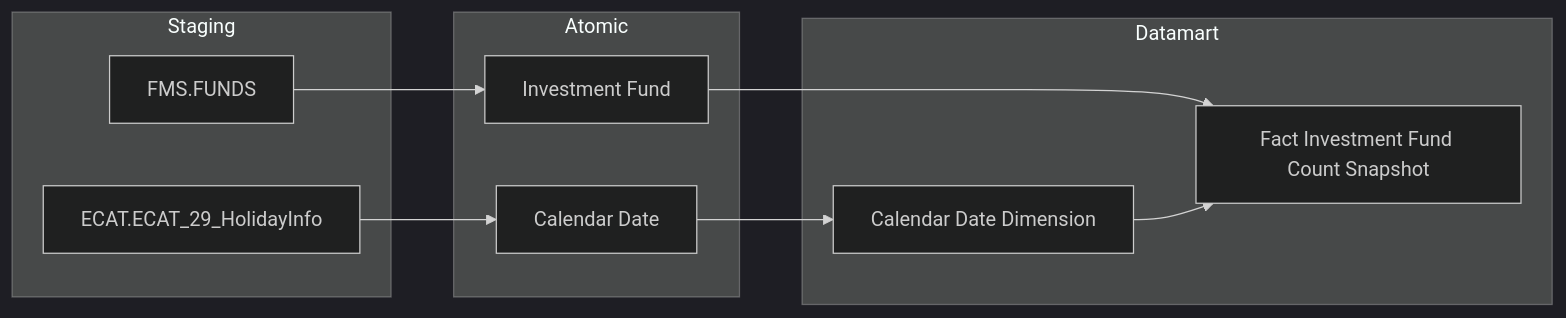
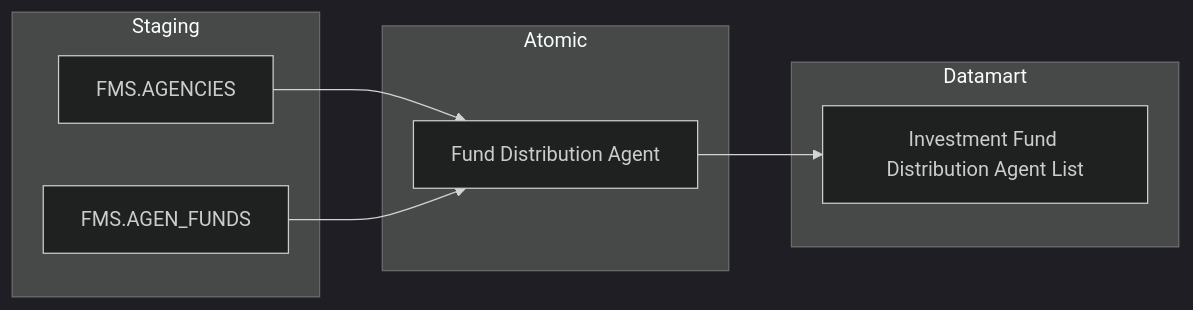
Before and after one commit to linhlvit/ubck_atomic_design: the fifth of 37 diagrams in Datamart/hld/DTM_FMS_HLD.md, drawn with Mermaid (dark theme). The commit also changed other lines of this file and 5 other files, not shown here.

````diff
--- a/Datamart/hld/DTM_FMS_HLD.md
+++ b/Datamart/hld/DTM_FMS_HLD.md
@@ -209,25 +141,20 @@
 ```mermaid
 flowchart LR
     subgraph SRC["Staging"]
-        FMS_FUNDS["FMS.FUNDS"]
-        ECAT_ECAT_29_HolidayInfo["ECAT.ECAT_29_HolidayInfo"]
+        FMS_AGENCIES["FMS.AGENCIES"]
+        FMS_AGENFUNDS["FMS.AGEN_FUNDS"]
     end
 
     subgraph SIL["Atomic"]
-        Investment_Fund["Investment Fund"]
-        Calendar_Date["Calendar Date"]
+        Fund_Distribution_Agent["Fund Distribution Agent"]
     end
 
     subgraph GOLD["Datamart"]
-        fct_inv_fnd_cnt_snpst["Fact Investment Fund Count Snapshot"]
-        cdr_dt_dim["Calendar Date Dimension"]
+        inv_fnd_dist_agt_lst["Investment Fund Distribution Agent List"]
     end
 
-    FMS_FUNDS --> Investment_Fund
-    ECAT_ECAT_29_HolidayInfo --> Calendar_Date
+    FMS_AGENCIES --> Fund_Distribution_Agent
+    FMS_AGENFUNDS --> Fund_Distribution_Agent
 
-    Investment_Fund --> fct_inv_fnd_cnt_snpst
-    Calendar_Date --> cdr_dt_dim
-
-    cdr_dt_dim --> fct_inv_fnd_cnt_snpst
+    Fund_Distribution_Agent --> inv_fnd_dist_agt_lst
 ```
````
